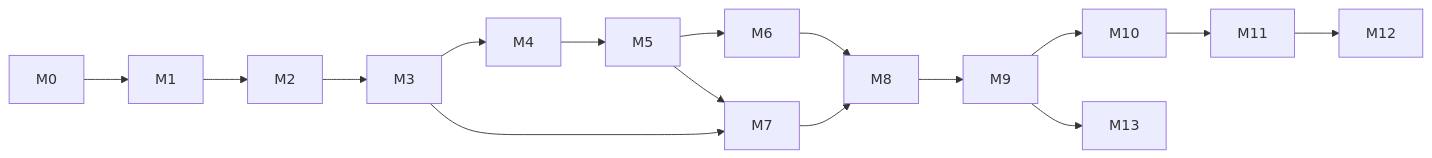
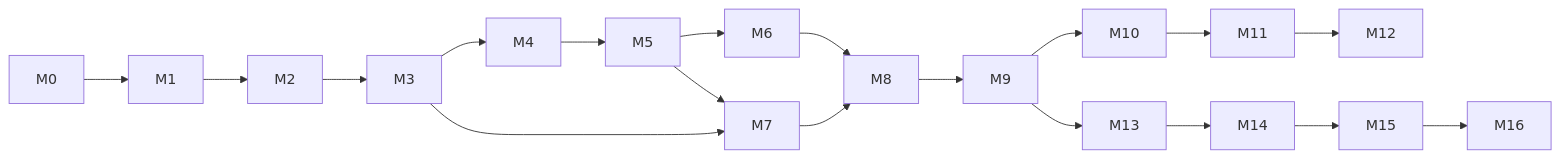
The diagram in docs/implementation-plan.md (davidpizon/Mod2Xgm), drawn with Mermaid before and after one commit. The commit also changed other lines of this file and 4 other files, not shown here.

````diff
--- a/docs/implementation-plan.md
+++ b/docs/implementation-plan.md
@@ -172,13 +205,13 @@
 ```mermaid
 flowchart LR
     M0 --> M1 --> M2 --> M3
     M3 --> M4 --> M5
     M3 --> M7
     M5 --> M6
     M5 --> M7
     M6 --> M8
     M7 --> M8
     M8 --> M9
     M9 --> M10 --> M11 --> M12
-    M9 --> M13
+    M9 --> M13 --> M14 --> M15 --> M16
 ```
````
